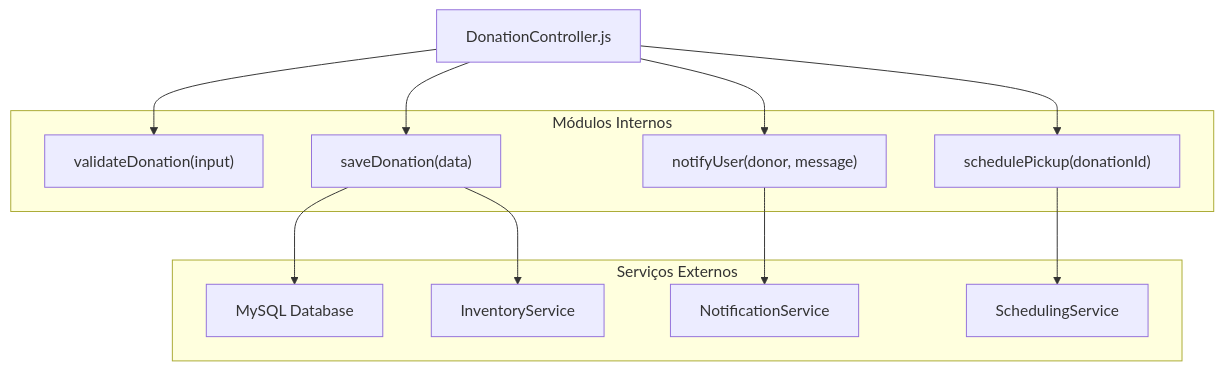
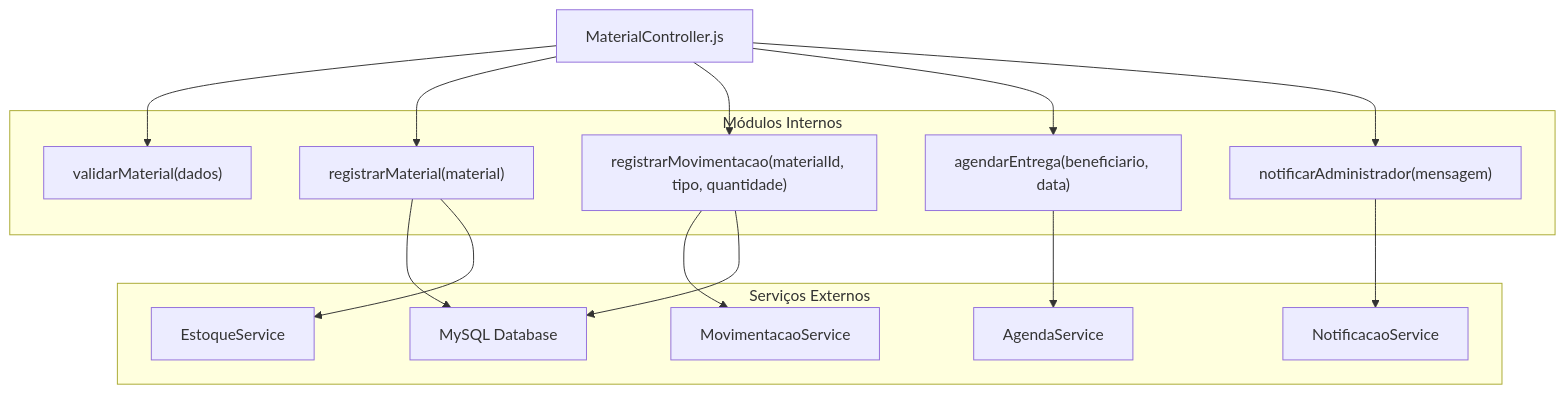
Before and after one commit to Neilson-hub/Aula-ENGENHARIA-DE-SOFTWARE: the tenth of 10 diagrams in README.md, drawn with Mermaid. The commit also changed other lines of this file, not shown here.

````diff
--- a/README.md
+++ b/README.md
@@ -725,28 +725,33 @@
 ```mermaid
 flowchart TD
-  DonationController["DonationController.js"]
+  MaterialController["MaterialController.js"]
 
   subgraph Módulos Internos
-    validate["validateDonation(input)"]
-    save["saveDonation(data)"]
-    notify["notifyUser(donor, message)"]
-    schedule["schedulePickup(donationId)"]
+    validarEntrada["validarMaterial(dados)"]
+    registrar["registrarMaterial(material)"]
+    movimentar["registrarMovimentacao(materialId, tipo, quantidade)"]
+    agendarEntrega["agendarEntrega(beneficiario, data)"]
+    notificar["notificarAdministrador(mensagem)"]
   end
 
   subgraph Serviços Externos
-    InventoryService["InventoryService"]
-    NotificationService["NotificationService"]
-    SchedulingService["SchedulingService"]
-    Database["MySQL Database"]
+    EstoqueService["EstoqueService"]
+    MovimentacaoService["MovimentacaoService"]
+    AgendaService["AgendaService"]
+    NotificacaoService["NotificacaoService"]
+    BancoDeDados["MySQL Database"]
   end
 
-  DonationController --> validate
-  DonationController --> save
-  DonationController --> notify
-  DonationController --> schedule
+  MaterialController --> validarEntrada
+  MaterialController --> registrar
+  MaterialController --> movimentar
+  MaterialController --> agendarEntrega
+  MaterialController --> notificar
 
-  save --> Database
-  schedule --> SchedulingService
-  notify --> NotificationService
-  save --> InventoryService
+  registrar --> BancoDeDados
+  movimentar --> MovimentacaoService
+  movimentar --> BancoDeDados
+  agendarEntrega --> AgendaService
+  notificar --> NotificacaoService
+  registrar --> EstoqueService
 ```
````
